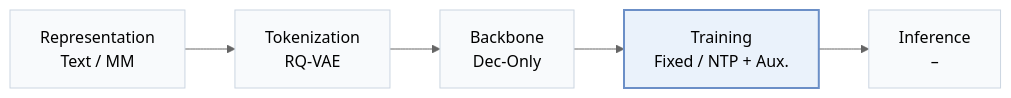
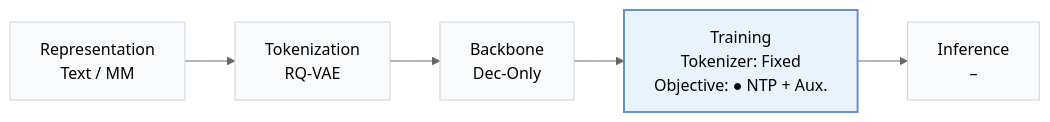
Before and after one commit to Galaxy-ghost/Awesome-SID-Generative-Rec: the first of 2 diagrams in pages/papers/haste.md, drawn with Mermaid (neutral theme). The commit also changed other lines of this file and 558 other files, not shown here.

````diff
--- a/pages/papers/haste.md
+++ b/pages/papers/haste.md
@@ -15,8 +18,8 @@
 ```mermaid
 flowchart LR
-    R["Representation<br/>Text / MM"] --> T["Tokenization<br/>RQ-VAE"] --> B["Backbone<br/>Dec-Only"] --> TR["Training<br/>Fixed / NTP + Aux."] --> I["Inference<br/>–"]
+    R["Representation<br/>Text / MM"] --> T["Tokenization<br/>RQ-VAE"] --> B["Backbone<br/>Dec-Only"] --> TR["Training<br/>Tokenizer: Fixed<br/>Objective: ● NTP + Aux."] --> I["Inference<br/>–"]
     classDef base fill:#f8fafc,stroke:#cbd5e1
     class R,T,B,TR,I base
     classDef main fill:#eaf2fb,stroke:#6b8fc7,stroke-width:2px
     class TR main
 ```
````
